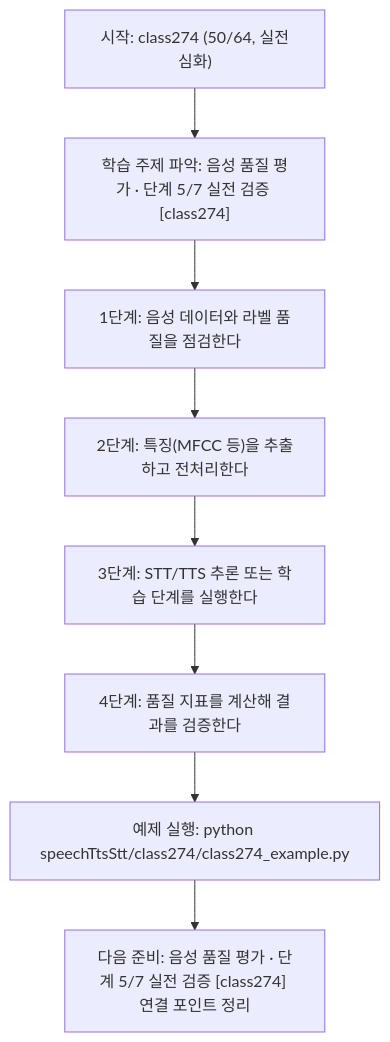
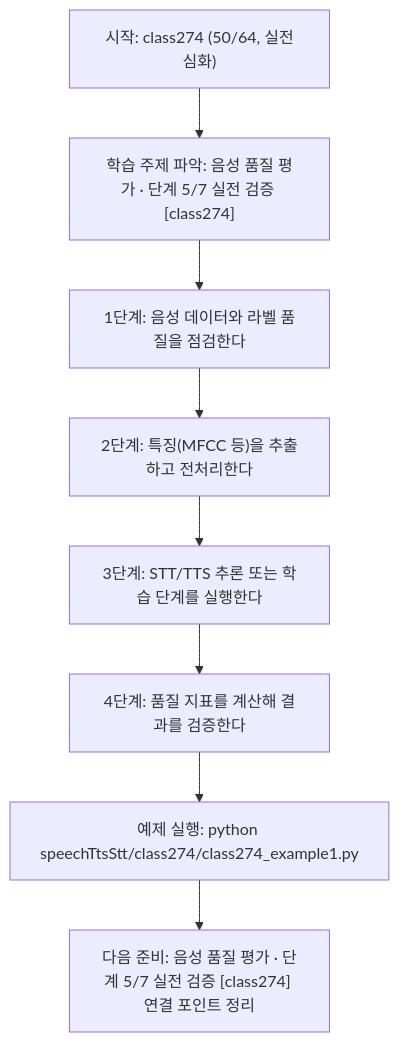
The diagram in speechTtsStt/class274/class274.md (edumgt/Python-AI_Agent-Class), drawn with Mermaid before and after one commit. The commit also changed other lines of this file and 2959 other files, not shown here.

````diff
--- a/speechTtsStt/class274/class274.md
+++ b/speechTtsStt/class274/class274.md
@@ -114,18 +114,18 @@
 ```mermaid
 flowchart TD
 N1["시작: class274 (50/64, 실전심화)"]
 N2["학습 주제 파악: 음성 품질 평가 · 단계 5/7 실전 검증 [class274]"]
 N3["1단계: 음성 데이터와 라벨 품질을 점검한다"]
 N4["2단계: 특징(MFCC 등)을 추출하고 전처리한다"]
 N5["3단계: STT/TTS 추론 또는 학습 단계를 실행한다"]
 N6["4단계: 품질 지표를 계산해 결과를 검증한다"]
-N7["예제 실행: python speechTtsStt/class274/class274_example.py"]
+N7["예제 실행: python speechTtsStt/class274/class274_example1.py"]
 N8["다음 준비: 음성 품질 평가 · 단계 5/7 실전 검증 [class274] 연결 포인트 정리"]
 N1 --> N2
 N2 --> N3
 N3 --> N4
 N4 --> N5
 N5 --> N6
 N6 --> N7
 N7 --> N8
 ```
````
